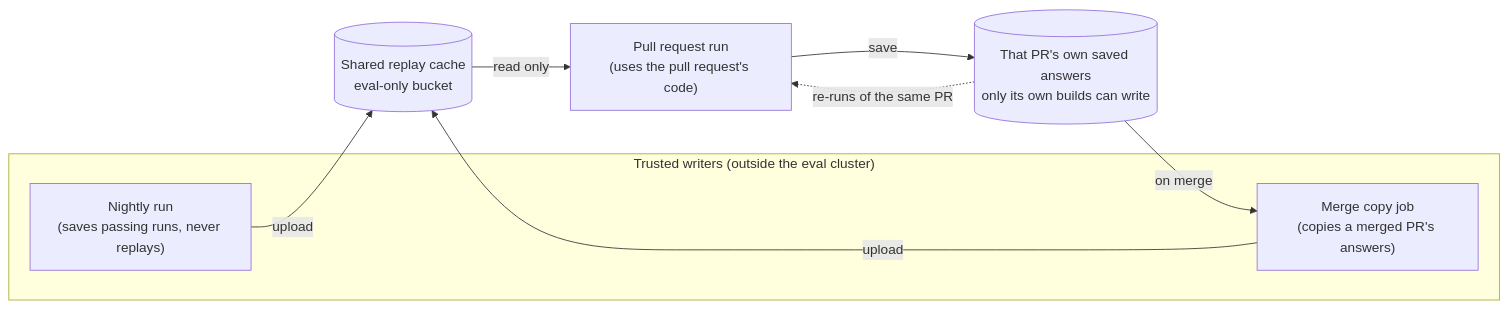
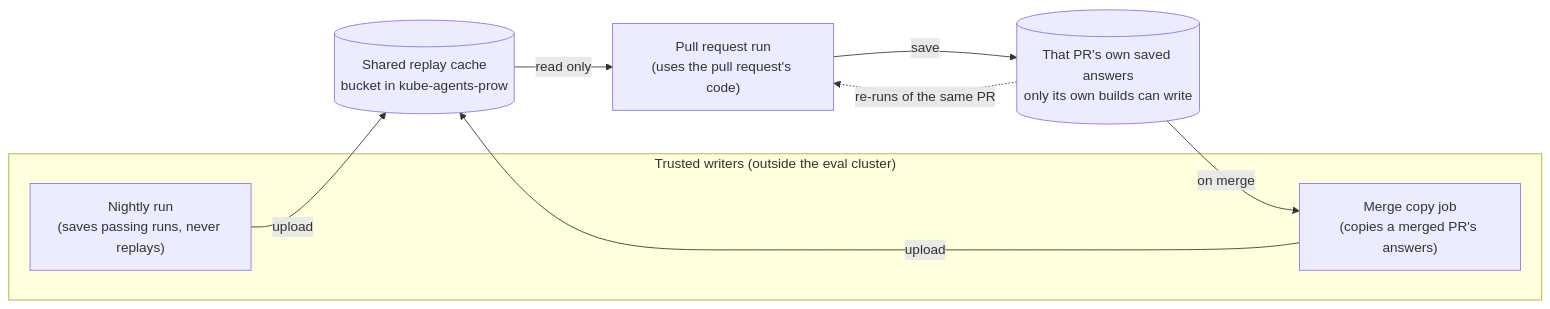
One commit to gke-labs/kube-agents changed the fifth of 6 diagrams in examples/inference-replay/eval-design.md. Above: the diagram before and after it, drawn with Mermaid. The commit also changed other lines of this file, not shown here.

Commit message:
docs(inference-replay): pin the proxy, keep time and IP meaning, collision audit, bucket in kube-agents-prow

````diff
--- a/examples/inference-replay/eval-design.md
+++ b/examples/inference-replay/eval-design.md
@@ -312,16 +332,16 @@
 ```mermaid
 flowchart LR
     subgraph trusted["Trusted writers (outside the eval cluster)"]
         nightly["Nightly run<br/>(saves passing runs, never replays)"]
         copy["Merge copy job<br/>(copies a merged PR's answers)"]
     end
     pre["Pull request run<br/>(uses the pull request's code)"]
     own[("That PR's own saved answers<br/>only its own builds can write")]
-    cache[("Shared replay cache<br/>eval-only bucket")]
+    cache[("Shared replay cache<br/>bucket in kube-agents-prow")]
     nightly -- "upload" --> cache
     pre -- "save" --> own
     own -- "on merge" --> copy
     copy -- "upload" --> cache
     cache -- "read only" --> pre
     own -. "re-runs of the same PR" .-> pre
 ```
````
